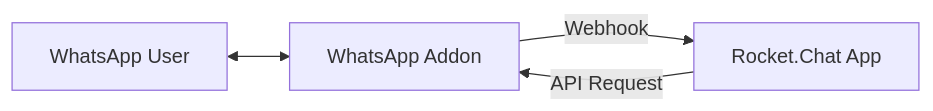
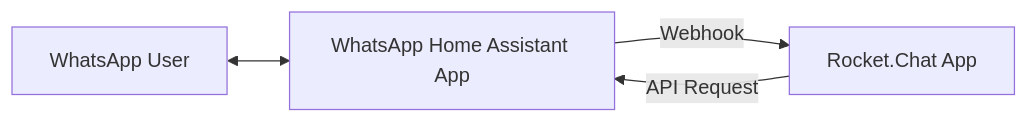
Before and after one commit to FaserF/ha-whatsapp: the diagram in docs/rocketchat.md, drawn with Mermaid. The commit also changed other lines of this file and 23 other files, not shown here.

````diff
--- a/docs/rocketchat.md
+++ b/docs/rocketchat.md
@@ -18,6 +18,6 @@
 ```mermaid
 graph LR
-    WA[WhatsApp User] <--> Addon[WhatsApp Addon]
-    Addon -- Webhook --> RC[Rocket.Chat App]
-    RC -- API Request --> Addon
+    WA[WhatsApp User] <--> App[WhatsApp Home Assistant App]
+    App -- Webhook --> RC[Rocket.Chat App]
+    RC -- API Request --> App
 ```
````
